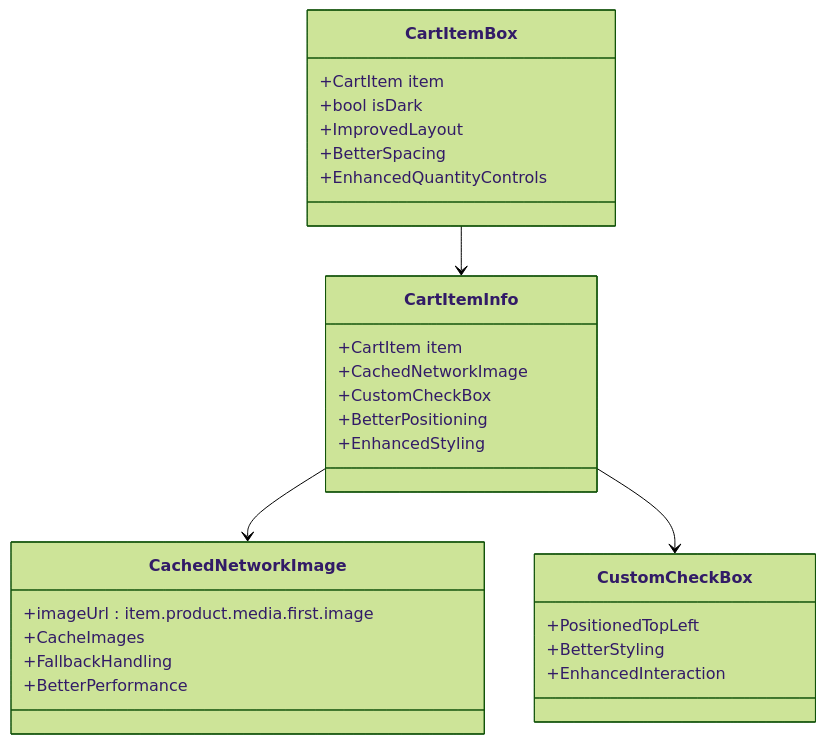
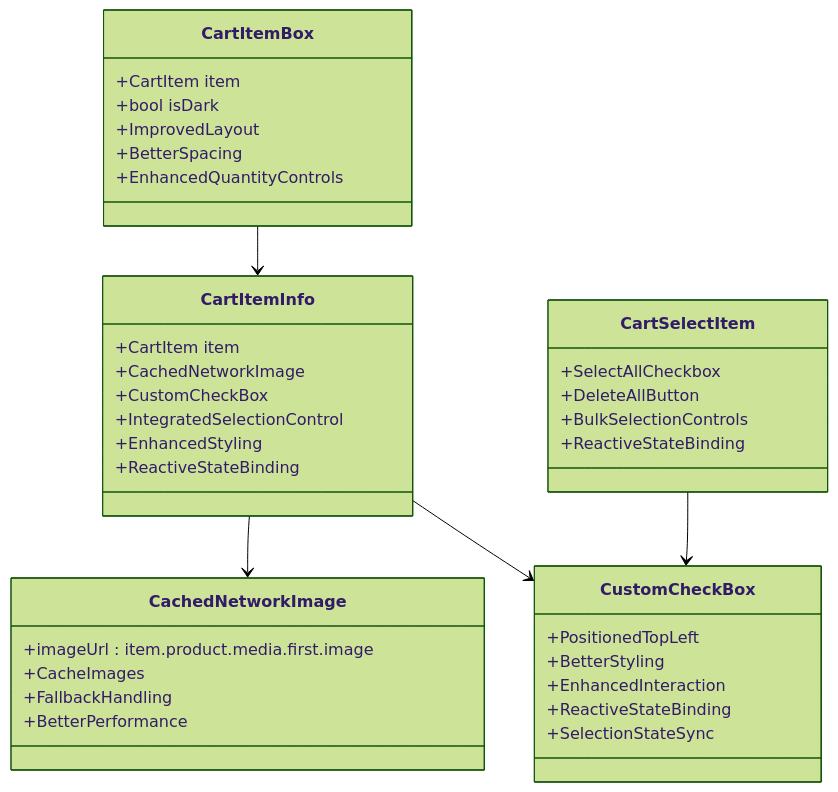
One commit to Ariful3111/FurniGo changed the ninth of 16 diagrams in .qoder/repowiki/en/content/Core Features/E-commerce Platform/Shopping Cart System.md. Above: the diagram before and after it, drawn with Mermaid (forest theme). The commit also changed other lines of this file and 8 other files, not shown here.

Commit message:
Cart Item Delete Completed

````diff
--- a/.qoder/repowiki/en/content/Core Features/E-commerce Platform/Shopping Cart System.md
+++ b/.qoder/repowiki/en/content/Core Features/E-commerce Platform/Shopping Cart System.md
@@ -324,31 +473,41 @@
 ```mermaid
 classDiagram
 class CartItemBox {
 +CartItem item
 +bool isDark
 +ImprovedLayout
 +BetterSpacing
 +EnhancedQuantityControls
 }
 class CartItemInfo {
 +CartItem item
 +CachedNetworkImage
 +CustomCheckBox
-+BetterPositioning
++IntegratedSelectionControl
 +EnhancedStyling
++ReactiveStateBinding
+}
+class CustomCheckBox {
++PositionedTopLeft
++BetterStyling
++EnhancedInteraction
++ReactiveStateBinding
++SelectionStateSync
 }
 class CachedNetworkImage {
 +imageUrl : item.product.media.first.image
 +CacheImages
 +FallbackHandling
 +BetterPerformance
 }
-class CustomCheckBox {
-+PositionedTopLeft
-+BetterStyling
-+EnhancedInteraction
+class CartSelectItem {
++SelectAllCheckbox
++DeleteAllButton
++BulkSelectionControls
++ReactiveStateBinding
 }
 CartItemBox --> CartItemInfo
 CartItemInfo --> CachedNetworkImage
 CartItemInfo --> CustomCheckBox
+CartSelectItem --> CustomCheckBox
 ```
````
